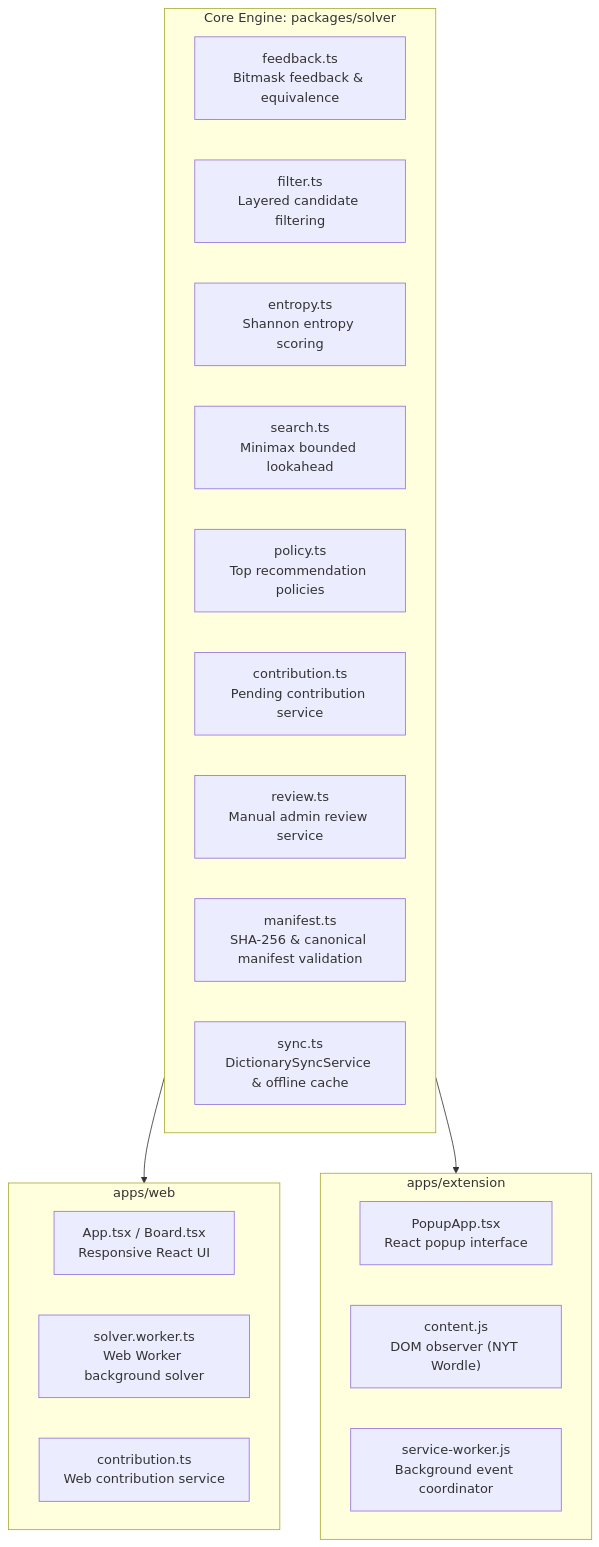
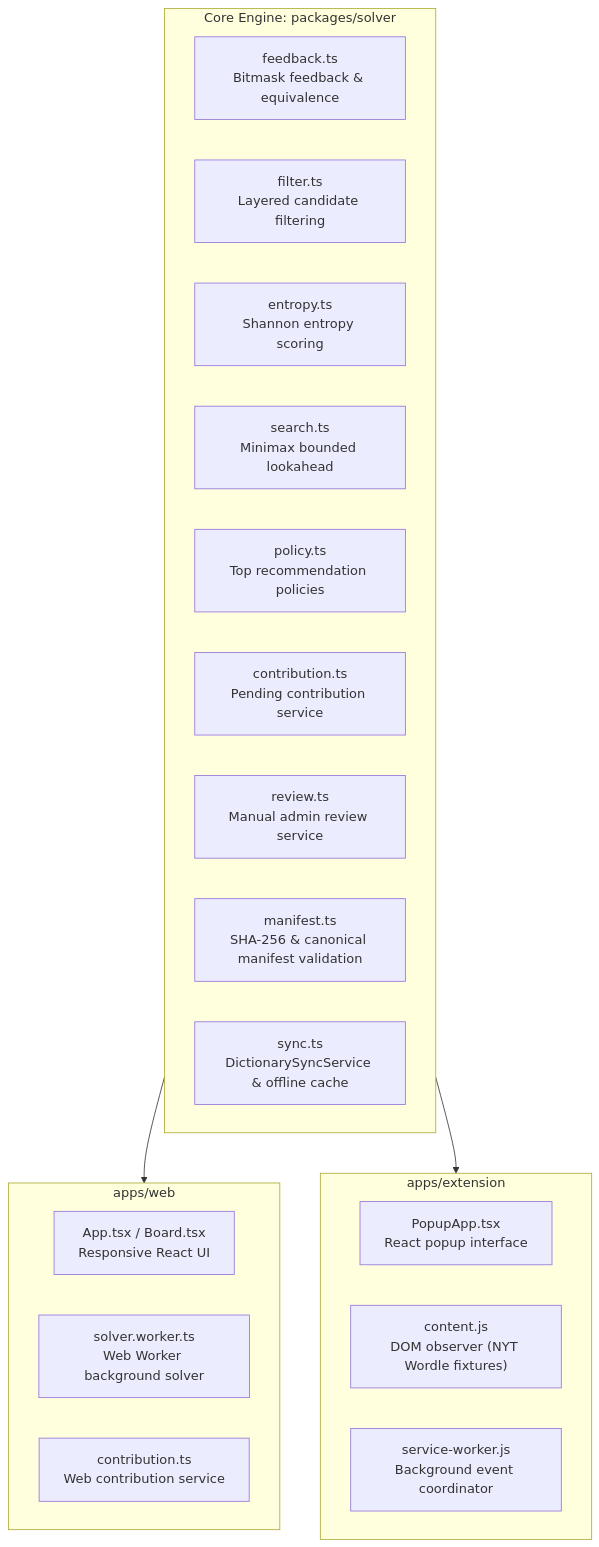
The first of 2 diagrams in docs/PRESENTATION_GUIDE.md (AkshatVarma14/WordleSolver), drawn with Mermaid before and after one commit. The commit also changed other lines of this file, not shown here.

````diff
--- a/docs/PRESENTATION_GUIDE.md
+++ b/docs/PRESENTATION_GUIDE.md
@@ -90,29 +94,29 @@
 ```mermaid
 flowchart TD
     subgraph CoreEngine ["Core Engine: packages/solver"]
         Feedback["feedback.ts<br/>Bitmask feedback & equivalence"]
         Filter["filter.ts<br/>Layered candidate filtering"]
         Entropy["entropy.ts<br/>Shannon entropy scoring"]
         Search["search.ts<br/>Minimax bounded lookahead"]
         Policy["policy.ts<br/>Top recommendation policies"]
         Contrib["contribution.ts<br/>Pending contribution service"]
         Review["review.ts<br/>Manual admin review service"]
         Manifest["manifest.ts<br/>SHA-256 & canonical manifest validation"]
         Sync["sync.ts<br/>DictionarySyncService & offline cache"]
     end
 
     subgraph WebApp ["apps/web"]
         WebUI["App.tsx / Board.tsx<br/>Responsive React UI"]
         WebWorker["solver.worker.ts<br/>Web Worker background solver"]
         WebContrib["contribution.ts<br/>Web contribution service"]
     end
 
     subgraph ChromeExt ["apps/extension"]
         PopupUI["PopupApp.tsx<br/>React popup interface"]
-        ContentScript["content.js<br/>DOM observer (NYT Wordle)"]
+        ContentScript["content.js<br/>DOM observer (NYT Wordle fixtures)"]
         ServiceWorker["service-worker.js<br/>Background event coordinator"]
     end
 
     CoreEngine --> WebApp
     CoreEngine --> ChromeExt
 ```
````
